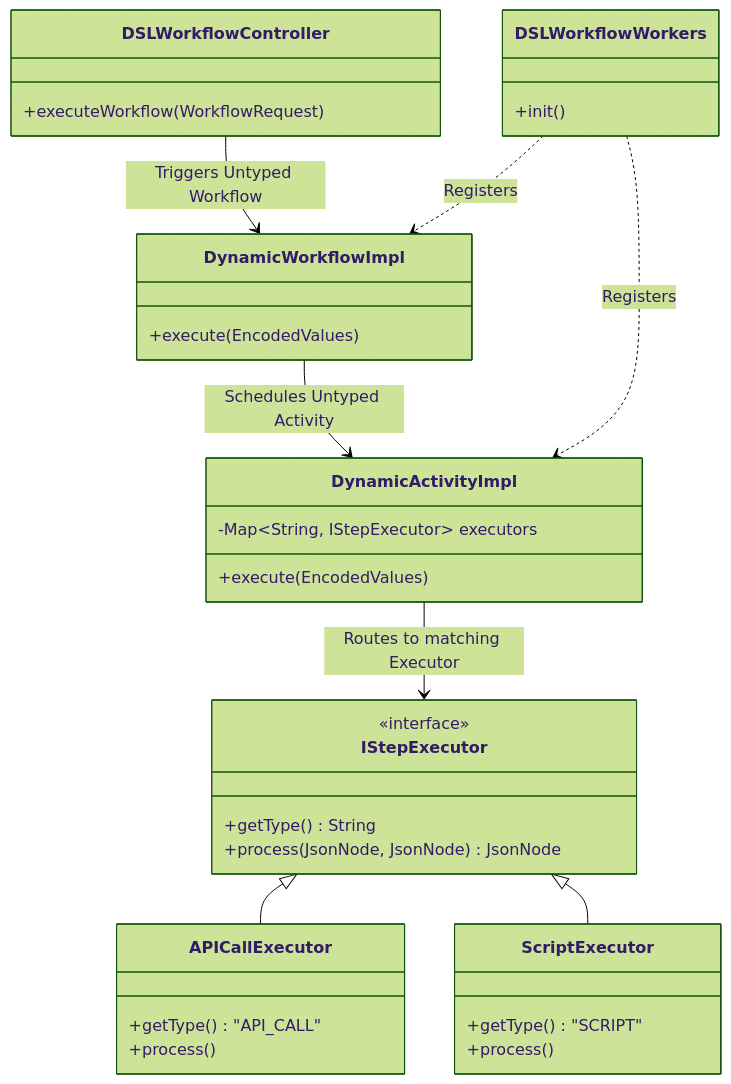
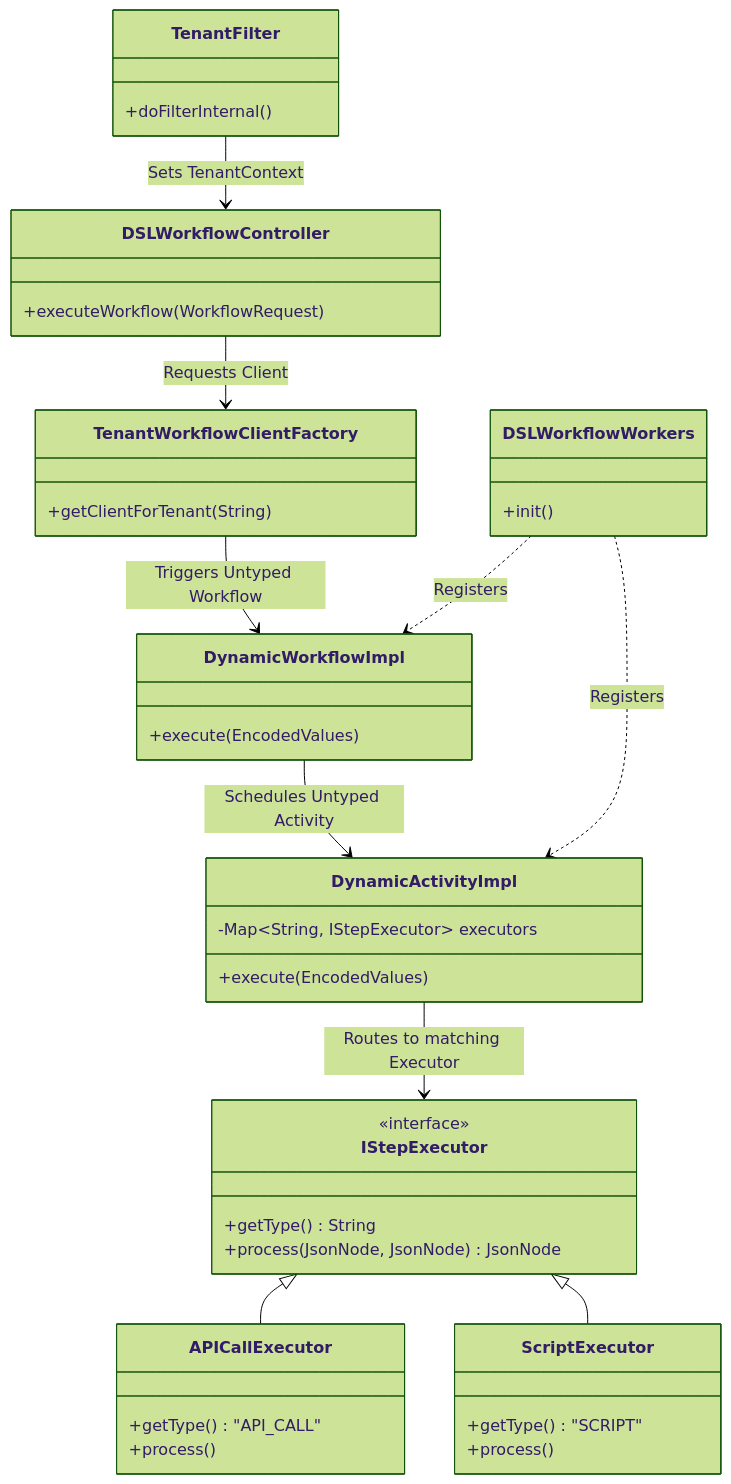
The first of 2 diagrams in dynamic-workflows/README.md (Inno-Verse/temporal-projects), drawn with Mermaid (forest theme) before and after one commit. The commit also changed other lines of this file and 1 other file, not shown here.

````diff
--- a/dynamic-workflows/README.md
+++ b/dynamic-workflows/README.md
@@ -13,37 +13,45 @@
 ```mermaid
 classDiagram
+    class TenantFilter {
+        +doFilterInternal()
+    }
+    class TenantWorkflowClientFactory {
+        +getClientForTenant(String)
+    }
     class DSLWorkflowController {
         +executeWorkflow(WorkflowRequest)
     }
     class DynamicWorkflowImpl {
         +execute(EncodedValues)
     }
     class DynamicActivityImpl {
         -Map~String, IStepExecutor~ executors
         +execute(EncodedValues)
     }
     class IStepExecutor {
         <<interface>>
         +getType() String
         +process(JsonNode, JsonNode) JsonNode
     }
     class APICallExecutor {
         +getType() "API_CALL"
         +process()
     }
     class ScriptExecutor {
         +getType() "SCRIPT"
         +process()
     }
     class DSLWorkflowWorkers {
         +init()
     }
 
-    DSLWorkflowController --> DynamicWorkflowImpl : Triggers Untyped Workflow
+    TenantFilter --> DSLWorkflowController : Sets TenantContext
+    DSLWorkflowController --> TenantWorkflowClientFactory : Requests Client
+    TenantWorkflowClientFactory --> DynamicWorkflowImpl : Triggers Untyped Workflow
     DynamicWorkflowImpl --> DynamicActivityImpl : Schedules Untyped Activity
     DynamicActivityImpl --> IStepExecutor : Routes to matching Executor
     IStepExecutor <|-- APICallExecutor
     IStepExecutor <|-- ScriptExecutor
     DSLWorkflowWorkers ..> DynamicWorkflowImpl : Registers
     DSLWorkflowWorkers ..> DynamicActivityImpl : Registers
 ```
````
